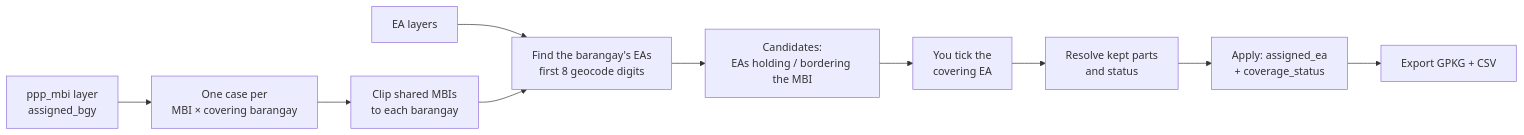
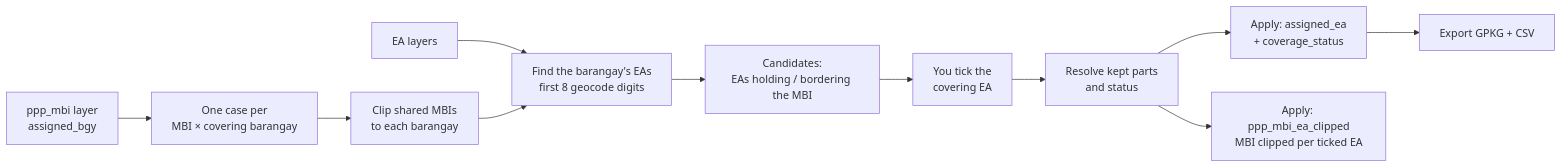
One commit to GMD-Repository/GMD_COProcessing changed the diagram in docs/tools/mbi_ea_selector.md. Above: the diagram before and after it, drawn with Mermaid. The commit also changed other lines of this file and 1 other file, not shown here.

Commit message:
feat: add MBI EA Selector tool and documentation

````diff
--- a/docs/tools/mbi_ea_selector.md
+++ b/docs/tools/mbi_ea_selector.md
@@ -34,12 +35,13 @@
 ```mermaid
 flowchart LR
     M[ppp_mbi layer<br/>assigned_bgy] --> S[One case per<br/>MBI × covering barangay]
     S --> X[Clip shared MBIs<br/>to each barangay]
     EA[EA layers] --> F[Find the barangay's EAs<br/>first 8 geocode digits]
     X --> F
     F --> C[Candidates:<br/>EAs holding / bordering the MBI]
     C --> T[You tick the<br/>covering EA]
     T --> R[Resolve kept parts<br/>and status]
     R --> A[Apply: assigned_ea<br/>+ coverage_status]
+    R --> K[Apply: ppp_mbi_ea_clipped<br/>MBI clipped per ticked EA]
     A --> E[Export GPKG + CSV]
 ```
````
